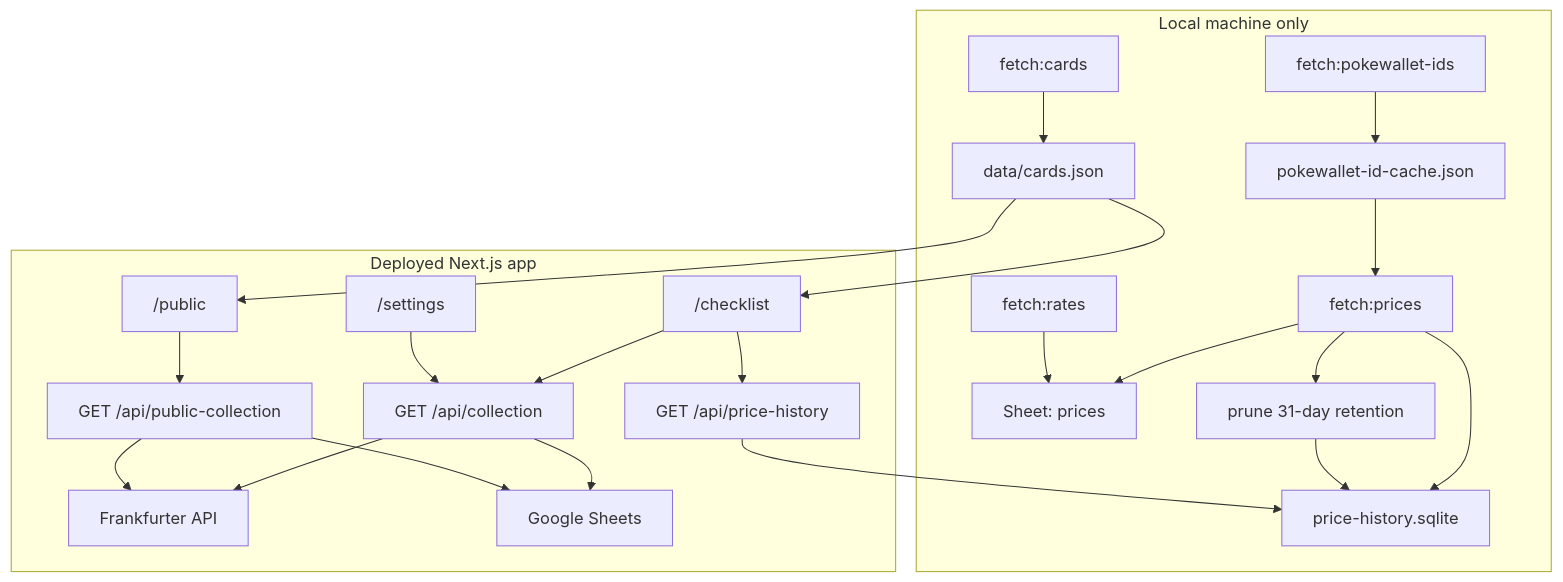
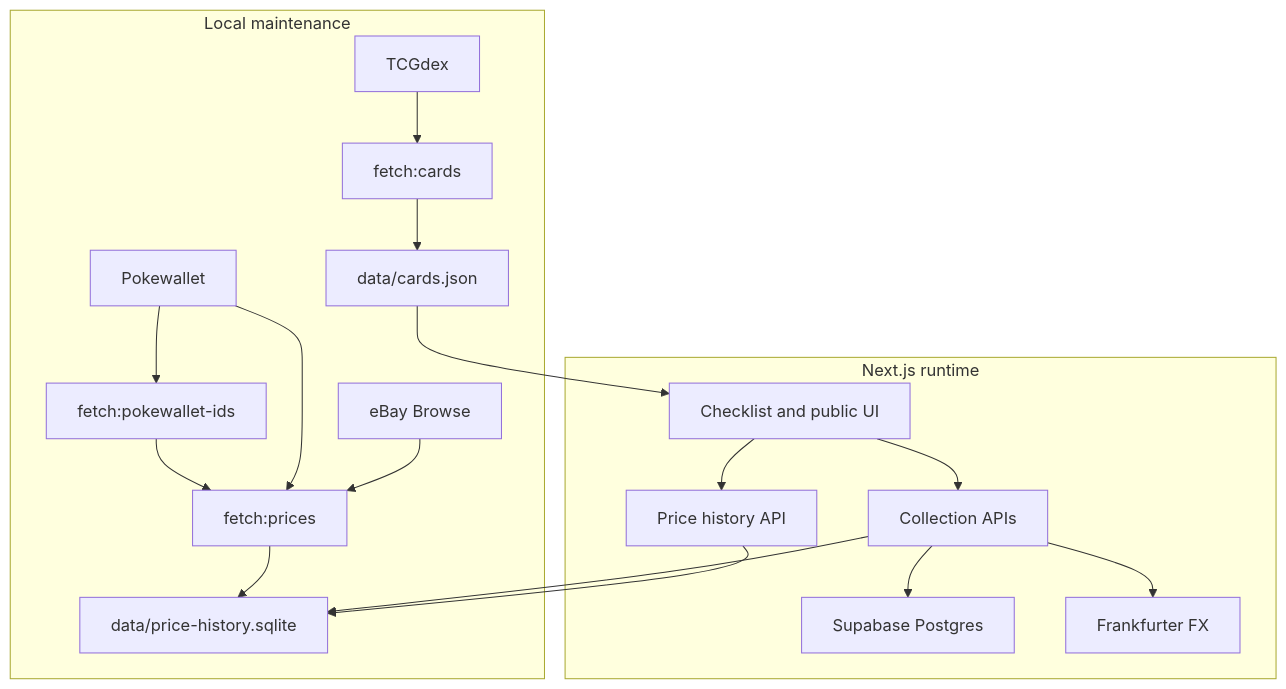
One commit to VortexRealms/eevee-tracxker changed the diagram in README.md. Above: the diagram before and after it, drawn with Mermaid. The commit also changed other lines of this file, not shown here.

Commit message:
Update README to match the current Postgres, SQLite, catalogue, and pricing architecture.

````diff
--- a/README.md
+++ b/README.md
@@ -100,39 +53,34 @@
 ```mermaid
 flowchart TB
-  subgraph local [Local machine only]
+  subgraph local [Local maintenance]
+    tcgdex[TCGdex]
+    pokewallet[Pokewallet]
+    ebay[eBay Browse]
     fetchCards["fetch:cards"]
     fetchIds["fetch:pokewallet-ids"]
     fetchPrices["fetch:prices"]
-    fetchRates["fetch:rates"]
-    fetchCards --> cardsJson["data/cards.json"]
-    fetchIds --> cacheJson["pokewallet-id-cache.json"]
-    cacheJson --> fetchPrices
-    fetchPrices --> pricesTab["Sheet: prices"]
-    fetchPrices --> sqlite["price-history.sqlite"]
-    fetchPrices --> prune["prune 31-day retention"]
-    prune --> sqlite
-    fetchRates --> pricesTab
+    cardsJson["data/cards.json"]
+    priceDb["data/price-history.sqlite"]
+    tcgdex --> fetchCards --> cardsJson
+    pokewallet --> fetchIds
+    fetchIds --> fetchPrices
+    pokewallet --> fetchPrices
+    ebay --> fetchPrices
+    fetchPrices --> priceDb
   end
 
-  subgraph runtime [Deployed Next.js app]
-    checklist["/checklist"]
-    settings["/settings"]
-    publicPage["/public"]
-    apiAuth["GET /api/collection"]
-    apiPublic["GET /api/public-collection"]
-    apiHistory["GET /api/price-history"]
-    frankfurter["Frankfurter API"]
-    sheets["Google Sheets"]
-    cardsJson --> checklist
-    cardsJson --> publicPage
-    checklist --> apiAuth
-    checklist --> apiHistory
-    publicPage --> apiPublic
-    settings --> apiAuth
-    apiAuth --> sheets
-    apiPublic --> sheets
-    apiAuth --> frankfurter
-    apiPublic --> frankfurter
-    apiHistory --> sqlite
+  subgraph runtime [Next.js runtime]
+    app[Checklist and public UI]
+    collectionApi["Collection APIs"]
+    historyApi["Price history API"]
+    postgres[Supabase Postgres]
+    frankfurter[Frankfurter FX]
+    cardsJson --> app
+    app --> collectionApi
+    app --> historyApi
+    collectionApi --> postgres
+    collectionApi --> priceDb
+    collectionApi --> frankfurter
+    historyApi --> priceDb
   end
 ```
````
